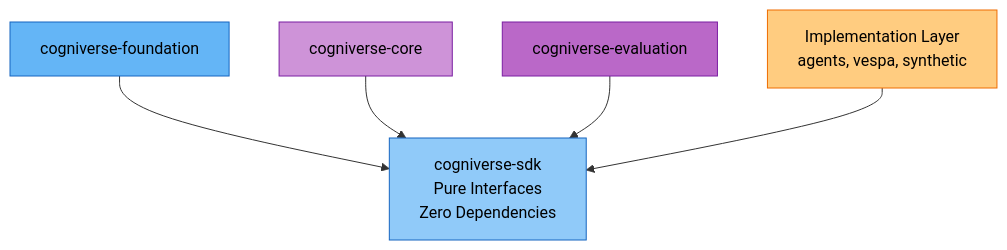
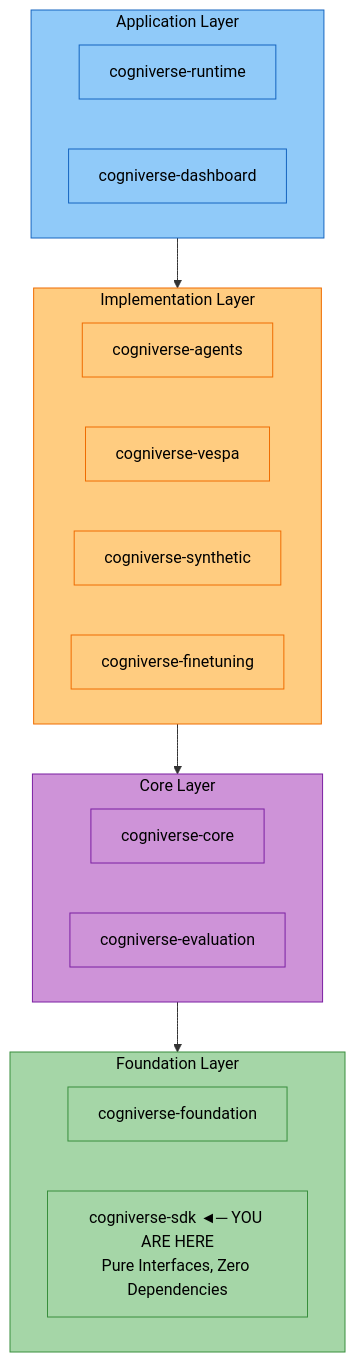
One commit to amit-jain/cogniverse changed the diagram in docs/modules/sdk.md. Above: the diagram before and after it, drawn with Mermaid. The commit also changed other lines of this file and 50 other files, not shown here.

First line of the commit message:
Complete and verify docs against code with mermaid palette

````diff
--- a/docs/modules/sdk.md
+++ b/docs/modules/sdk.md
@@ -47,19 +47,43 @@
 ```mermaid
 flowchart TB
-    SDK["<span style='color:#000'>cogniverse-sdk<br/>Pure Interfaces<br/>Zero Dependencies</span>"]
-    Foundation["<span style='color:#000'>cogniverse-foundation</span>"]
-    Core["<span style='color:#000'>cogniverse-core</span>"]
-    Evaluation["<span style='color:#000'>cogniverse-evaluation</span>"]
-    Implementations["<span style='color:#000'>Implementation Layer<br/>agents, vespa, synthetic</span>"]
+    subgraph AppLayer["<span style='color:#000'>Application Layer</span>"]
+        Runtime["<span style='color:#000'>cogniverse-runtime</span>"]
+        Dashboard["<span style='color:#000'>cogniverse-dashboard</span>"]
+    end
 
-    Foundation --> SDK
-    Core --> SDK
-    Evaluation --> SDK
-    Implementations --> SDK
+    subgraph ImplLayer["<span style='color:#000'>Implementation Layer</span>"]
+        Agents["<span style='color:#000'>cogniverse-agents</span>"]
+        Vespa["<span style='color:#000'>cogniverse-vespa</span>"]
+        Synthetic["<span style='color:#000'>cogniverse-synthetic</span>"]
+        Finetuning["<span style='color:#000'>cogniverse-finetuning</span>"]
+    end
 
-    style SDK fill:#90caf9,stroke:#1565c0,color:#000
-    style Foundation fill:#64b5f6,stroke:#1565c0,color:#000
+    subgraph CoreLayer["<span style='color:#000'>Core Layer</span>"]
+        Core["<span style='color:#000'>cogniverse-core</span>"]
+        Evaluation["<span style='color:#000'>cogniverse-evaluation</span>"]
+    end
+
+    subgraph FoundationLayer["<span style='color:#000'>Foundation Layer</span>"]
+        Foundation["<span style='color:#000'>cogniverse-foundation</span>"]
+        SDK["<span style='color:#000'>cogniverse-sdk ◄─ YOU ARE HERE<br/>Pure Interfaces, Zero Dependencies</span>"]
+    end
+
+    AppLayer --> ImplLayer
+    ImplLayer --> CoreLayer
+    CoreLayer --> FoundationLayer
+
+    style AppLayer fill:#90caf9,stroke:#1565c0,color:#000
+    style Runtime fill:#90caf9,stroke:#1565c0,color:#000
+    style Dashboard fill:#90caf9,stroke:#1565c0,color:#000
+    style ImplLayer fill:#ffcc80,stroke:#ef6c00,color:#000
+    style Agents fill:#ffcc80,stroke:#ef6c00,color:#000
+    style Vespa fill:#ffcc80,stroke:#ef6c00,color:#000
+    style Synthetic fill:#ffcc80,stroke:#ef6c00,color:#000
+    style Finetuning fill:#ffcc80,stroke:#ef6c00,color:#000
+    style CoreLayer fill:#ce93d8,stroke:#7b1fa2,color:#000
     style Core fill:#ce93d8,stroke:#7b1fa2,color:#000
-    style Evaluation fill:#ba68c8,stroke:#7b1fa2,color:#000
-    style Implementations fill:#ffcc80,stroke:#ef6c00,color:#000
+    style Evaluation fill:#ce93d8,stroke:#7b1fa2,color:#000
+    style FoundationLayer fill:#a5d6a7,stroke:#388e3c,color:#000
+    style Foundation fill:#a5d6a7,stroke:#388e3c,color:#000
+    style SDK fill:#a5d6a7,stroke:#388e3c,color:#000
 ```
````
